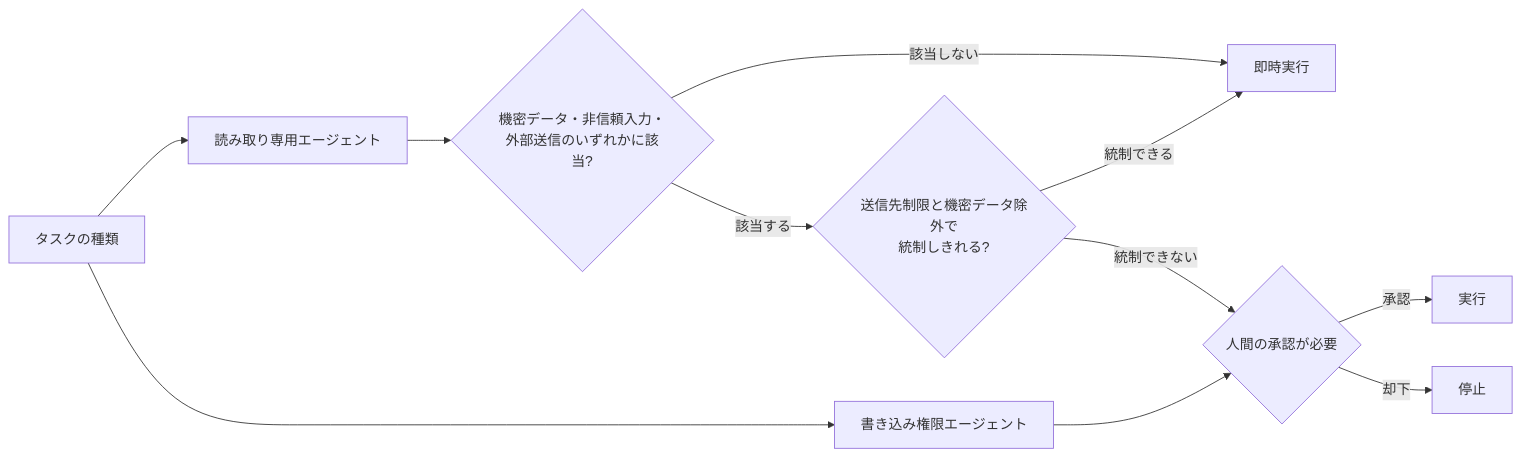
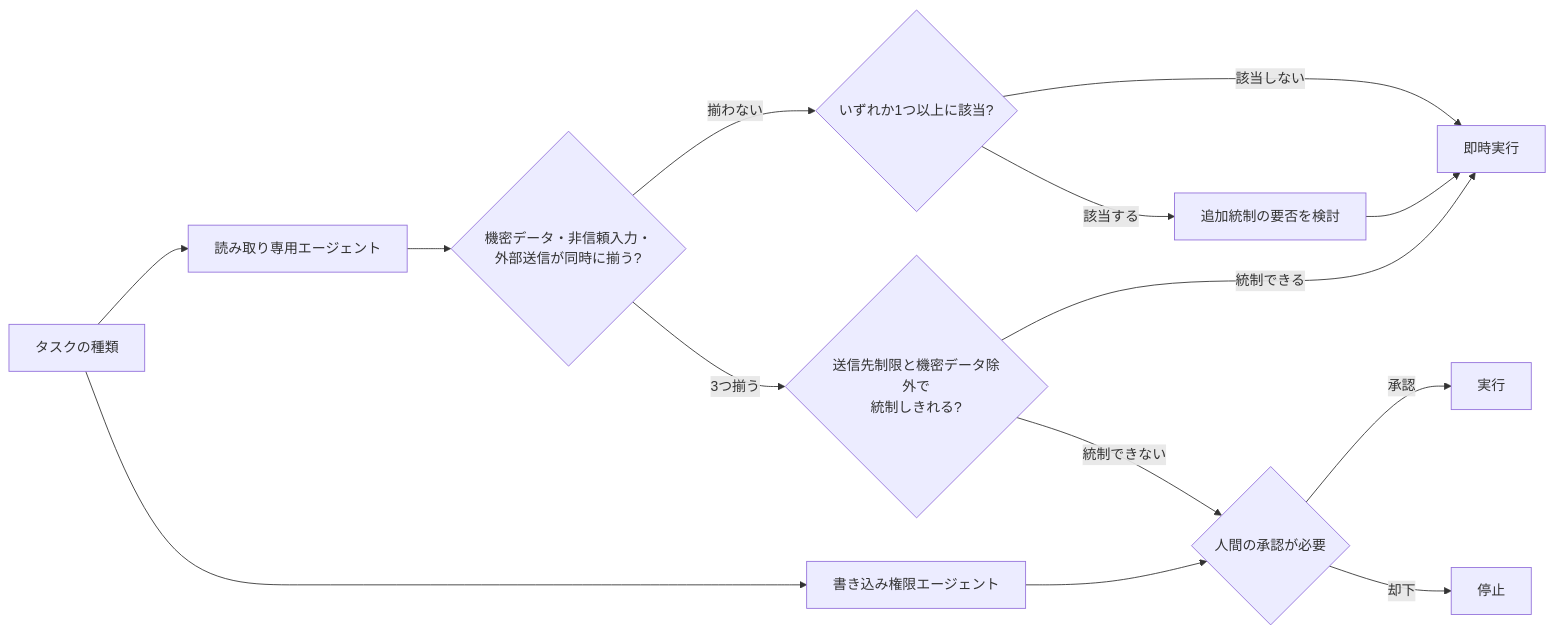
Before and after one commit to myoshi2891/Software-Design-and-Architecture: diagram 18 of 22 in Designing-multi-agent-systems.md, drawn with Mermaid. The commit also changed other lines of this file and 2 other files, not shown here.

Commit message:
docs(ai): refine error handling tests, intermediate logging privacy, and lethal trifecta criteria

````diff
--- a/Designing-multi-agent-systems.md
+++ b/Designing-multi-agent-systems.md
@@ -596,13 +607,16 @@
 ```mermaid
 flowchart LR
     Task[タスクの種類] --> Read[読み取り専用エージェント]
     Task --> Write[書き込み権限エージェント]
     Write --> Approve2{人間の承認が必要}
-    Read --> Trifecta{"機密データ・非信頼入力・<br/>外部送信のいずれかに該当?"}
-    Trifecta -->|該当しない| Exec1[即時実行]
-    Trifecta -->|該当する| Guard{"送信先制限と機密データ除外で<br/>統制しきれる?"}
+    Read --> Trifecta{"機密データ・非信頼入力・<br/>外部送信が同時に揃う?"}
+    Trifecta -->|揃わない| Partial{"いずれか1つ以上に該当?"}
+    Partial -->|該当しない| Exec1[即時実行]
+    Partial -->|該当する| Consider[追加統制の要否を検討]
+    Consider --> Exec1
+    Trifecta -->|3つ揃う| Guard{"送信先制限と機密データ除外で<br/>統制しきれる?"}
     Guard -->|統制できる| Exec1
     Guard -->|統制できない| Approve2
     Approve2 -->|承認| Exec2[実行]
     Approve2 -->|却下| Stop[停止]
 ```
````
